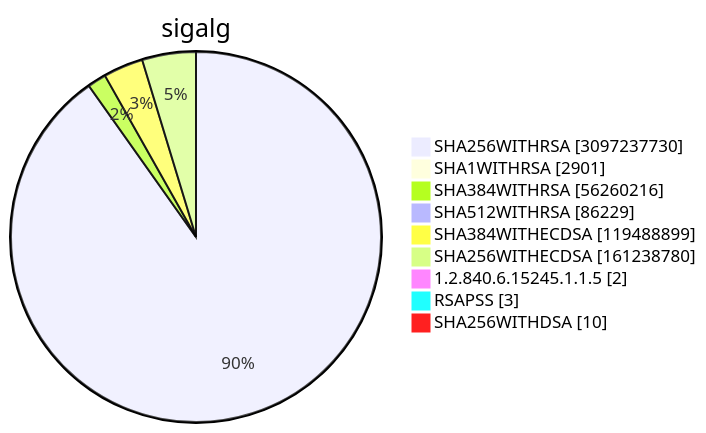
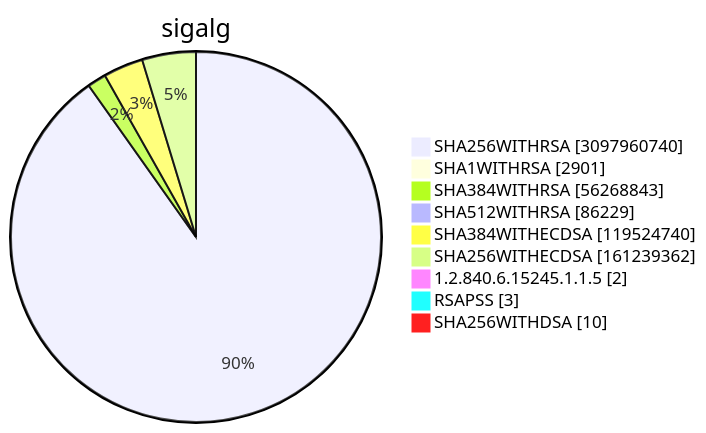
One commit to christiankrug/ctmonitor_visualization changed diagram 15 of 15 in TOTAL/README.md. Above: the diagram before and after it, drawn with Mermaid. The commit also changed other lines of this file, not shown here.

````diff
--- a/TOTAL/README.md
+++ b/TOTAL/README.md
@@ -6211,13 +6212,13 @@
 ```mermaid
 pie showData
 title sigalg
-"SHA256WITHRSA" :3097237730
+"SHA256WITHRSA" :3097960740
 "SHA1WITHRSA" :2901
-"SHA384WITHRSA" :56260216
+"SHA384WITHRSA" :56268843
 "SHA512WITHRSA" :86229
-"SHA384WITHECDSA" :119488899
-"SHA256WITHECDSA" :161238780
+"SHA384WITHECDSA" :119524740
+"SHA256WITHECDSA" :161239362
 "1.2.840.6.15245.1.1.5" :2
 "RSAPSS" :3
 "SHA256WITHDSA" :10
 ```
````
